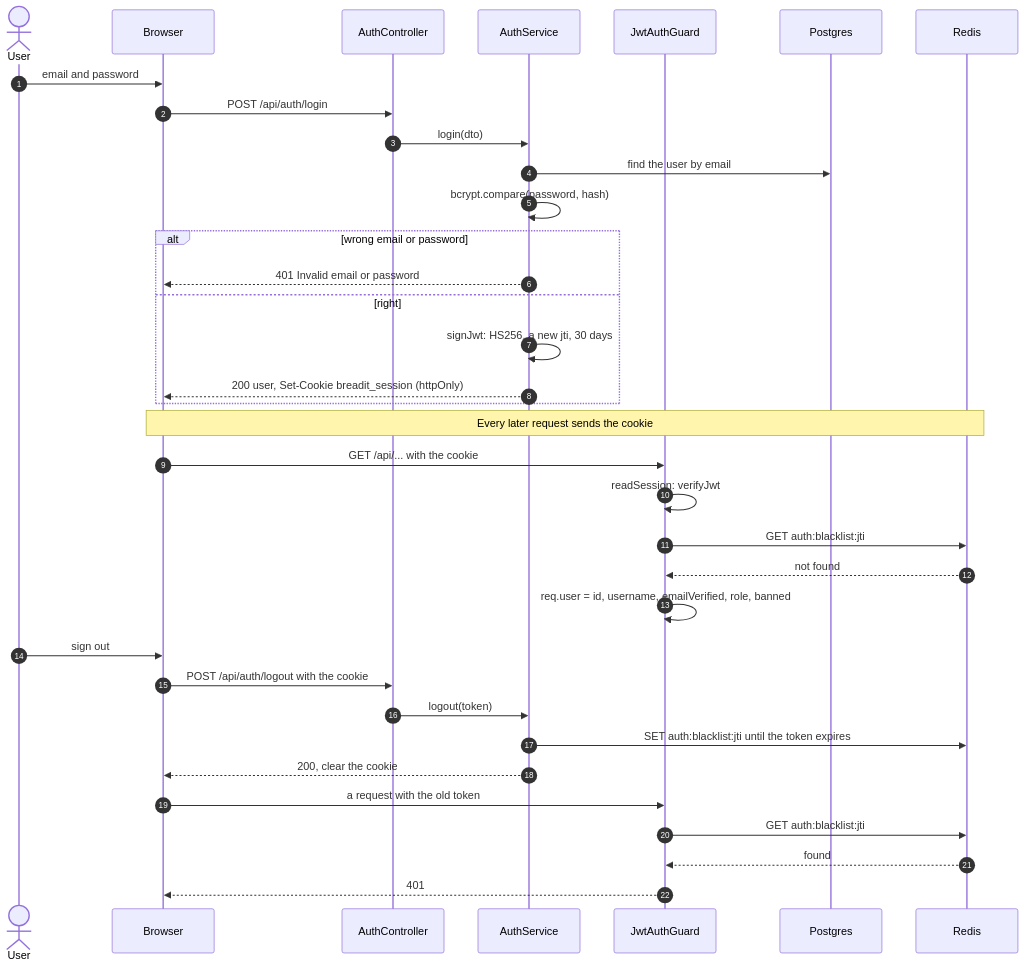
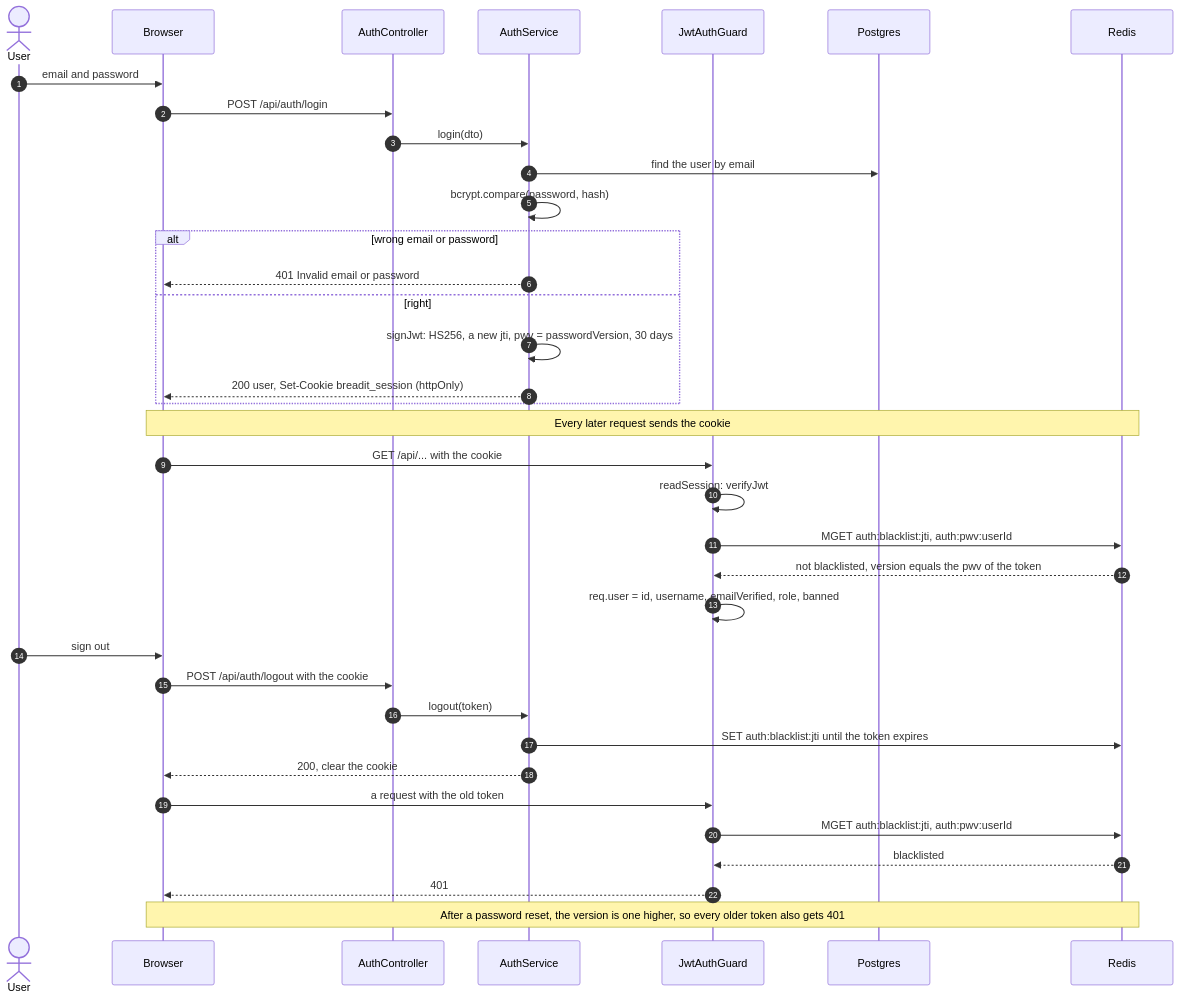
The diagram in .docs/Thesis-Report/images/fig4-5-auth-session.mmd (CaoNgocAnhTuan/Breadit), drawn with Mermaid before and after one commit. The commit also changed 5 other files, not shown here.

Commit message:
docs: Figures 4.2, 4.5, 4.7 and 4.11 follow the security fixes (code tries, pwv, readSession, passwordVersion)

```diff
--- a/.docs/Thesis-Report/images/fig4-5-auth-session.mmd
+++ b/.docs/Thesis-Report/images/fig4-5-auth-session.mmd
@@ -1,35 +1,36 @@
 sequenceDiagram
     autonumber
     actor U as User
     participant B as Browser
     participant AC as AuthController
     participant AS as AuthService
     participant G as JwtAuthGuard
     participant DB as Postgres
     participant R as Redis
     U->>B: email and password
     B->>AC: POST /api/auth/login
     AC->>AS: login(dto)
     AS->>DB: find the user by email
     AS->>AS: bcrypt.compare(password, hash)
     alt wrong email or password
         AS-->>B: 401 Invalid email or password
     else right
-        AS->>AS: signJwt: HS256, a new jti, 30 days
+        AS->>AS: signJwt: HS256, a new jti, pwv = passwordVersion, 30 days
         AS-->>B: 200 user, Set-Cookie breadit_session (httpOnly)
     end
     Note over B,R: Every later request sends the cookie
     B->>G: GET /api/... with the cookie
     G->>G: readSession: verifyJwt
-    G->>R: GET auth:blacklist:jti
-    R-->>G: not found
+    G->>R: MGET auth:blacklist:jti, auth:pwv:userId
+    R-->>G: not blacklisted, version equals the pwv of the token
     G->>G: req.user = id, username, emailVerified, role, banned
     U->>B: sign out
     B->>AC: POST /api/auth/logout with the cookie
     AC->>AS: logout(token)
     AS->>R: SET auth:blacklist:jti until the token expires
     AS-->>B: 200, clear the cookie
     B->>G: a request with the old token
-    G->>R: GET auth:blacklist:jti
-    R-->>G: found
+    G->>R: MGET auth:blacklist:jti, auth:pwv:userId
+    R-->>G: blacklisted
     G-->>B: 401
+    Note over B,R: After a password reset, the version is one higher, so every older token also gets 401
```
